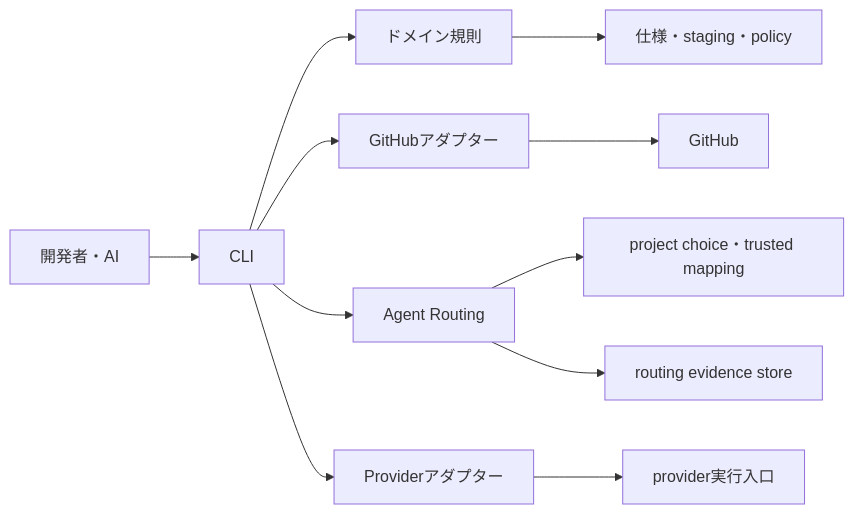
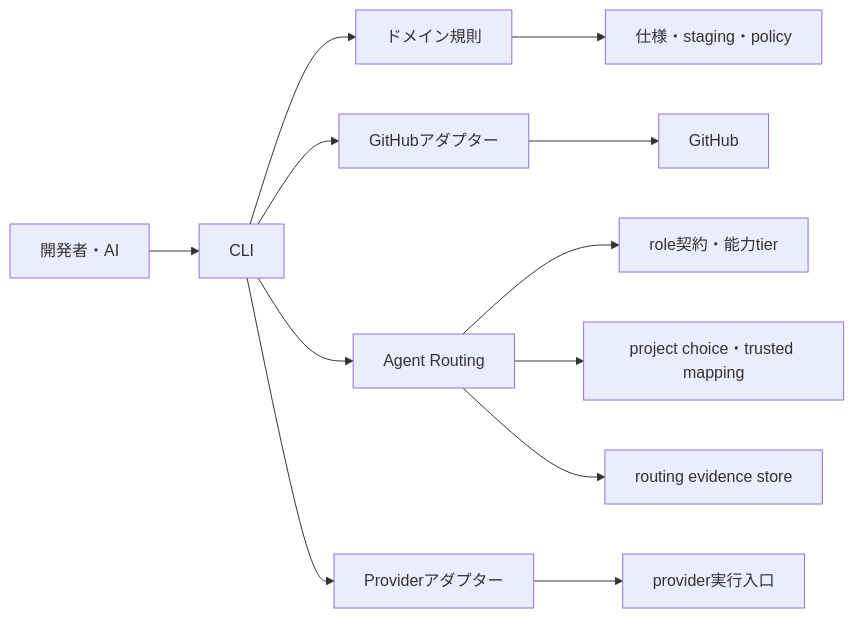
Before and after one commit to techbeansjp-free/AGENTS.md: the diagram in docs/specs/03_アーキテクチャ/00_全体構成.md, drawn with Mermaid. The commit also changed other lines of this file and 25 other files, not shown here.

````diff
--- a/docs/specs/03_アーキテクチャ/00_全体構成.md
+++ b/docs/specs/03_アーキテクチャ/00_全体構成.md
@@ -3,13 +3,14 @@
 ```mermaid
 flowchart LR
   user[開発者・AI] --> cli[CLI]
   cli --> domain[ドメイン規則]
   cli --> adapter[GitHubアダプター]
   cli --> routing[Agent Routing]
+  routing --> role_policy[role契約・能力tier]
   cli --> provider_adapter[Providerアダプター]
   domain --> files[仕様・staging・policy]
   adapter --> github[GitHub]
   routing --> routing_inputs[project choice・trusted mapping]
   routing --> evidence[routing evidence store]
   provider_adapter --> provider[provider実行入口]
 ```
````
